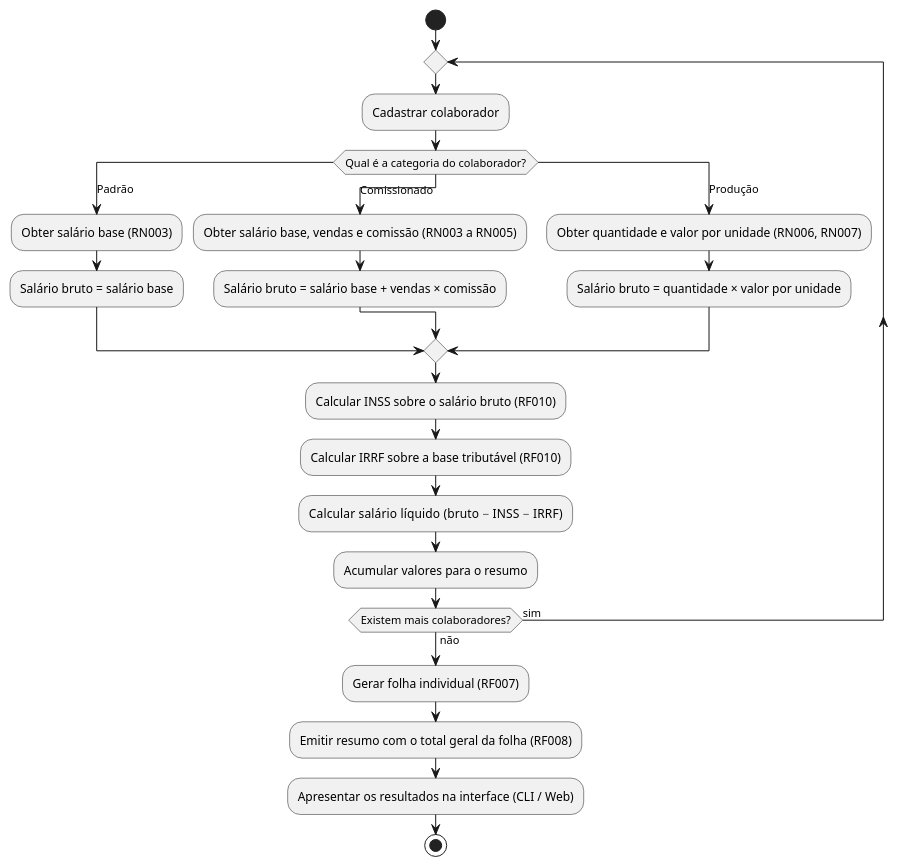
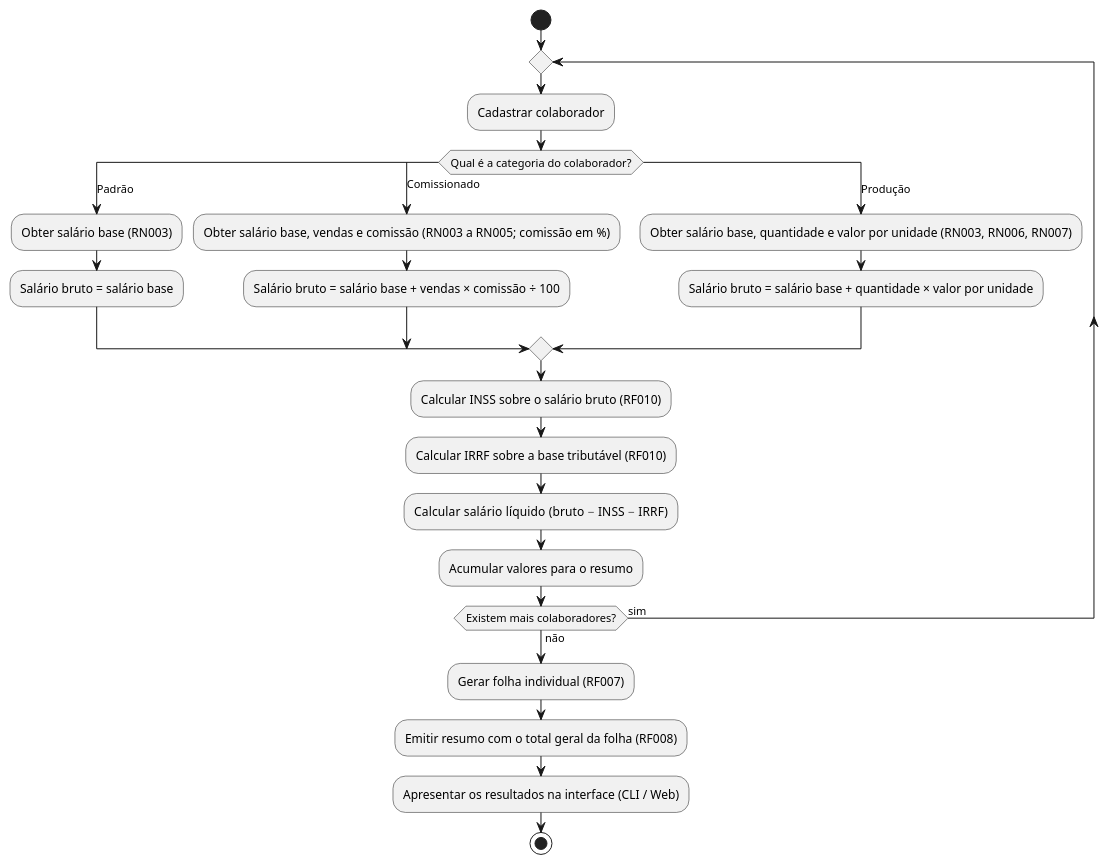
The diagram in 02_Analise/3.4-atividades.puml (johnrosik/folha-pagamento-gqs), drawn with PlantUML before and after one commit. The commit also changed 12 other files, not shown here.

```diff
--- a/02_Analise/3.4-atividades.puml
+++ b/02_Analise/3.4-atividades.puml
@@ -1,25 +1,25 @@
 @startuml
 start
 repeat
   :Cadastrar colaborador;
   switch (Qual é a categoria do colaborador?)
   case (Padrão)
     :Obter salário base (RN003);
     :Salário bruto = salário base;
   case (Comissionado)
-    :Obter salário base, vendas e comissão (RN003 a RN005);
-    :Salário bruto = salário base + vendas × comissão;
+    :Obter salário base, vendas e comissão (RN003 a RN005; comissão em %);
+    :Salário bruto = salário base + vendas × comissão ÷ 100;
   case (Produção)
-    :Obter quantidade e valor por unidade (RN006, RN007);
-    :Salário bruto = quantidade × valor por unidade;
+    :Obter salário base, quantidade e valor por unidade (RN003, RN006, RN007);
+    :Salário bruto = salário base + quantidade × valor por unidade;
   endswitch
   :Calcular INSS sobre o salário bruto (RF010);
   :Calcular IRRF sobre a base tributável (RF010);
   :Calcular salário líquido (bruto − INSS − IRRF);
   :Acumular valores para o resumo;
 repeat while (Existem mais colaboradores?) is (sim) not (não)
 :Gerar folha individual (RF007);
 :Emitir resumo com o total geral da folha (RF008);
 :Apresentar os resultados na interface (CLI / Web);
 stop
 @enduml
```
